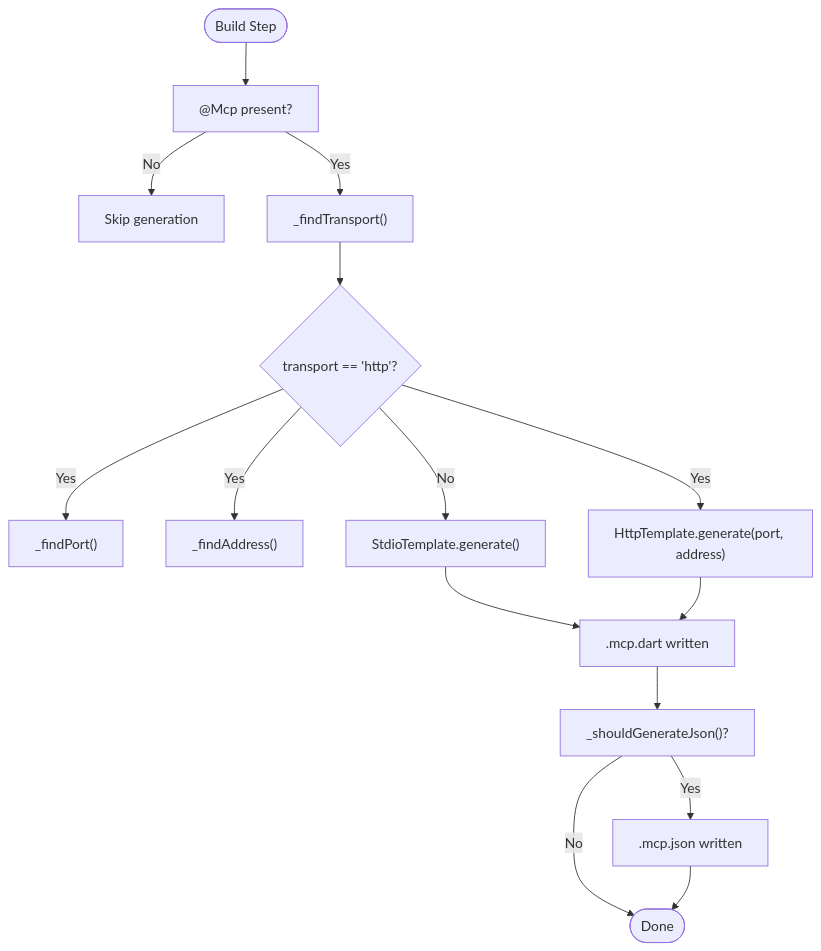
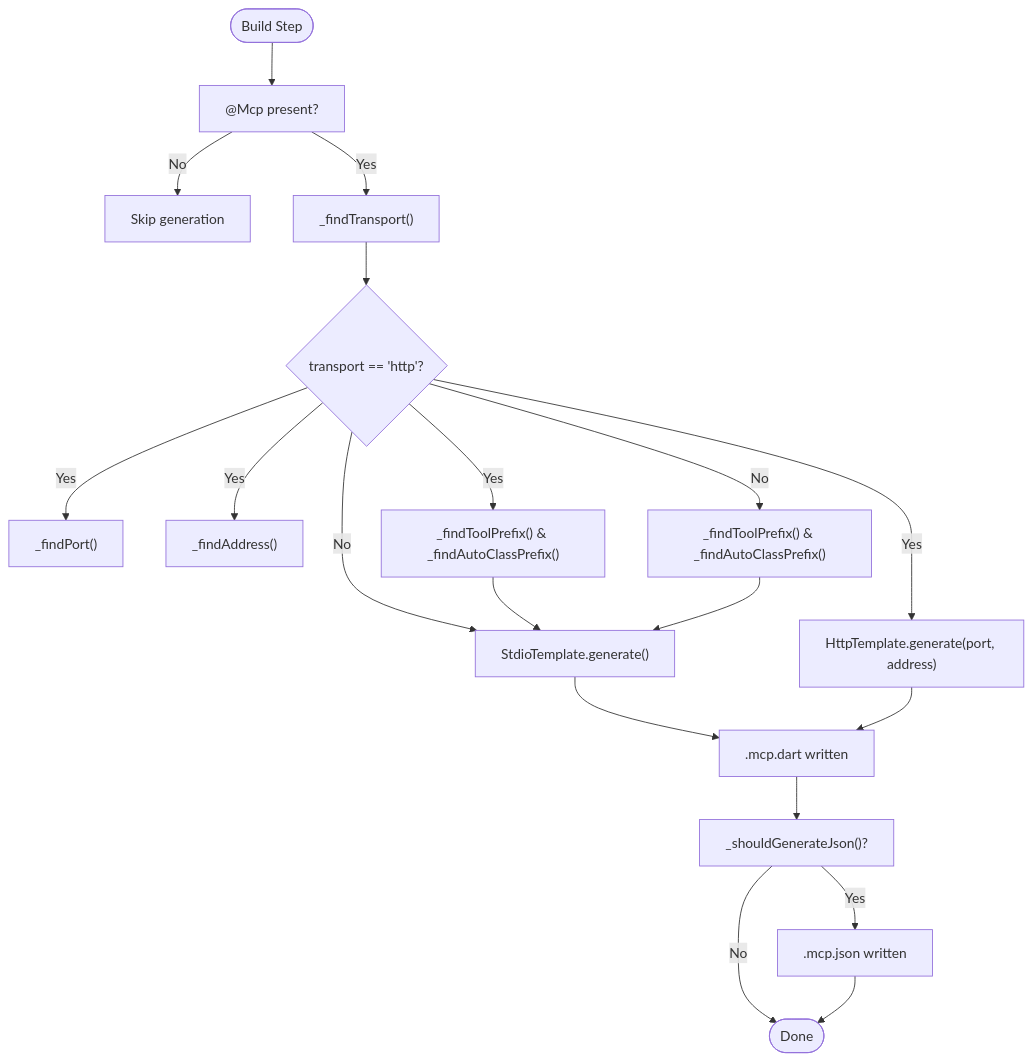
Before and after one commit to cdavis-code/easy_mcp_workspace: the third of 4 diagrams in .qoder/repowiki/en/content/Annotations Reference/@Mcp Annotation.md, drawn with Mermaid. The commit also changed other lines of this file and 8 other files, not shown here.

First line of the commit message:
fix: correct method name resolution when autoClassPrefix is enabled

````diff
--- a/.qoder/repowiki/en/content/Annotations Reference/@Mcp Annotation.md
+++ b/.qoder/repowiki/en/content/Annotations Reference/@Mcp Annotation.md
@@ -196,17 +242,21 @@
 ```mermaid
 flowchart TD
 Start(["Build Step"]) --> CheckMcp["@Mcp present?"]
 CheckMcp --> |No| Exit["Skip generation"]
 CheckMcp --> |Yes| FindTransport["_findTransport()"]
 FindTransport --> IsHttp{"transport == 'http'?"}
 IsHttp --> |Yes| FindPort["_findPort()"]
 IsHttp --> |Yes| FindAddress["_findAddress()"]
+IsHttp --> |Yes| FindPrefixes["_findToolPrefix() & _findAutoClassPrefix()"]
 IsHttp --> |Yes| UseHttp["HttpTemplate.generate(port, address)"]
+IsHttp --> |No| FindPrefixes2["_findToolPrefix() & _findAutoClassPrefix()"]
 IsHttp --> |No| UseStdio["StdioTemplate.generate()"]
+FindPrefixes --> UseStdio
+FindPrefixes2 --> UseStdio
 UseStdio --> WriteDart[".mcp.dart written"]
 UseHttp --> WriteDart
 WriteDart --> MaybeJson["_shouldGenerateJson()?"]
 MaybeJson --> |Yes| WriteJson[".mcp.json written"]
 MaybeJson --> |No| Done(["Done"])
 WriteJson --> Done
 ```
````
